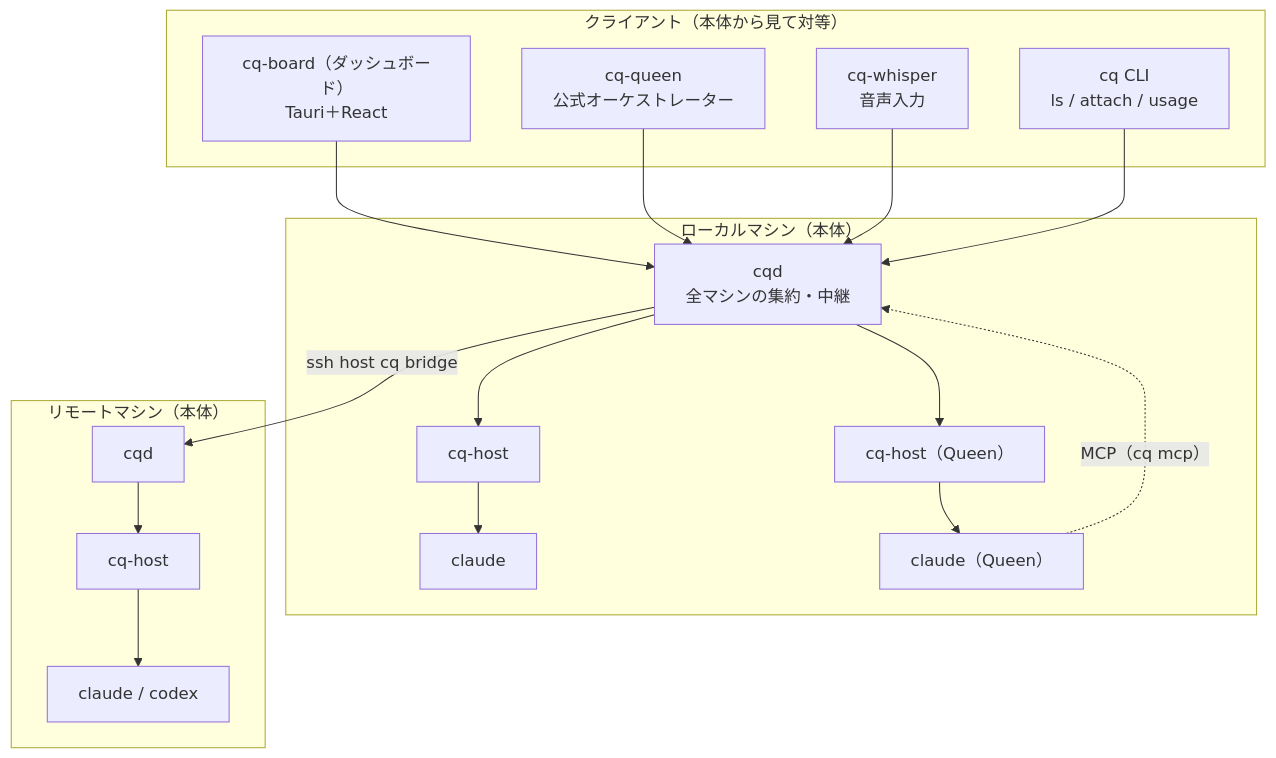
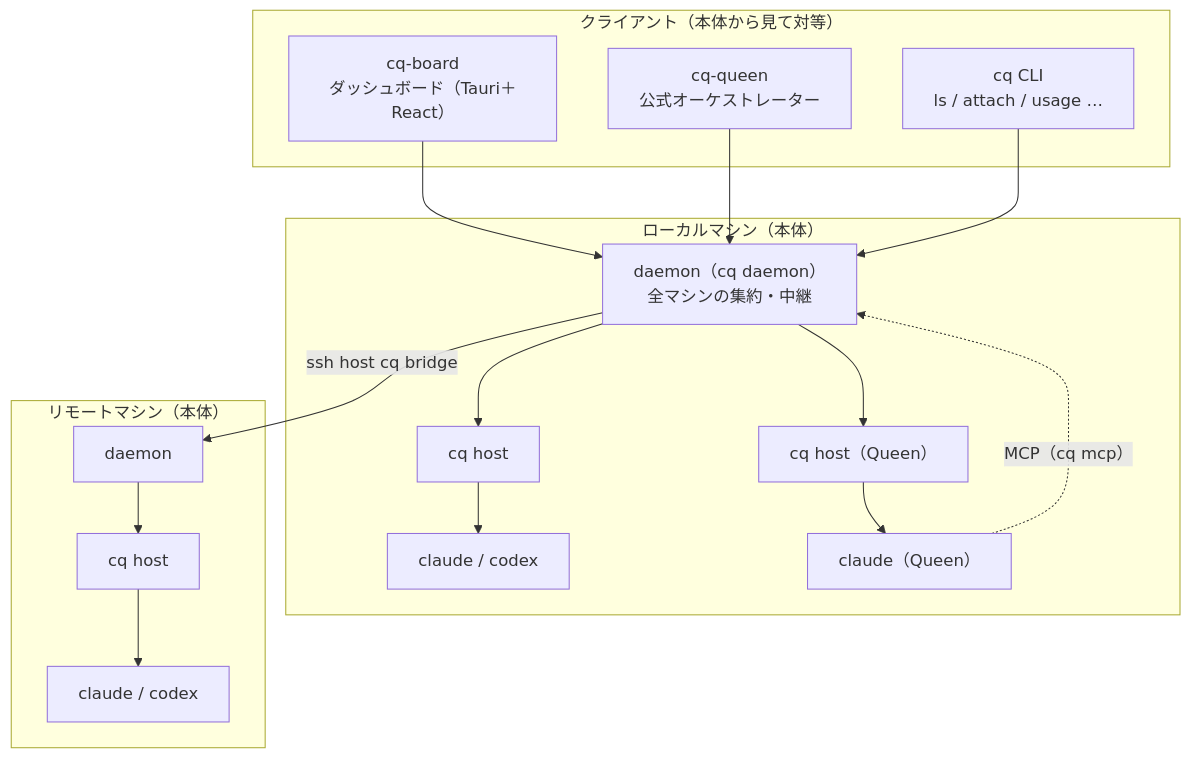
One commit to okenakt/code-quilt changed the first of 3 diagrams in docs/design.md. Above: the diagram before and after it, drawn with Mermaid. The commit also changed other lines of this file and 3 other files, not shown here.

````diff
--- a/docs/design.md
+++ b/docs/design.md
@@ -46,21 +48,20 @@
 ```mermaid
 flowchart TB
   subgraph Clients["クライアント（本体から見て対等）"]
-    UI["cq-board（ダッシュボード）<br/>Tauri＋React"]
+    Board["cq-board<br/>ダッシュボード（Tauri＋React）"]
     Queen["cq-queen<br/>公式オーケストレーター"]
-    Whisper["cq-whisper<br/>音声入力"]
-    CLI["cq CLI<br/>ls / attach / usage"]
+    CLI["cq CLI<br/>ls / attach / usage …"]
   end
   subgraph Local["ローカルマシン（本体）"]
-    CQD["cqd<br/>全マシンの集約・中継"]
-    H1["cq-host"] --> A1["claude"]
-    QH["cq-host（Queen）"] --> QA["claude（Queen）"]
+    CQD["daemon（cq daemon）<br/>全マシンの集約・中継"]
+    H1["cq host"] --> A1["claude / codex"]
+    QH["cq host（Queen）"] --> QA["claude（Queen）"]
   end
   subgraph Remote["リモートマシン（本体）"]
-    RCQD["cqd"] --> H2["cq-host"] --> A2["claude / codex"]
+    RCQD["daemon"] --> H2["cq host"] --> A2["claude / codex"]
   end
-  UI & Queen & Whisper & CLI --> CQD
+  Board & Queen & CLI --> CQD
   CQD --> H1 & QH
   CQD -- "ssh host cq bridge" --> RCQD
   QA -. "MCP（cq mcp）" .-> CQD
 ```
````
